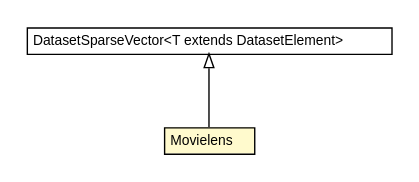
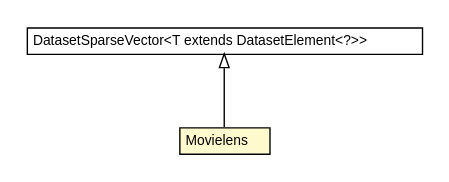
One commit to UnicaLabs-CS/Foresee changed the diagram in docs/it/unica/foresee/datasets/Movielens.dot. Above: the diagram before and after it, drawn with Graphviz. The commit also changed 167 other files, not shown here.

```diff
--- a/docs/it/unica/foresee/datasets/Movielens.dot
+++ b/docs/it/unica/foresee/datasets/Movielens.dot
@@ -1,26 +1,26 @@
 #!/usr/local/bin/dot
 #
 # Class diagram 
 # Generated by UMLGraph version 5.2 (http://www.umlgraph.org/)
 #
 
 digraph G {
 	edge [fontname="Helvetica",fontsize=10,labelfontname="Helvetica",labelfontsize=10];
 	node [fontname="Helvetica",fontsize=10,shape=plaintext];
 	nodesep=0.25;
 	ranksep=0.5;
-	// it.unica.foresee.datasets.DatasetSparseVector<T extends it.unica.foresee.datasets.interfaces.DatasetElement>
-	c1521 [label=<<table title="it.unica.foresee.datasets.DatasetSparseVector" border="0" cellborder="1" cellspacing="0" cellpadding="2" port="p" href="./DatasetSparseVector.html">
+	// it.unica.foresee.datasets.DatasetSparseVector<T extends it.unica.foresee.datasets.interfaces.DatasetElement<?>>
+	c1719 [label=<<table title="it.unica.foresee.datasets.DatasetSparseVector" border="0" cellborder="1" cellspacing="0" cellpadding="2" port="p" href="./DatasetSparseVector.html">
 		<tr><td><table border="0" cellspacing="0" cellpadding="1">
-<tr><td align="center" balign="center"> DatasetSparseVector&lt;T extends DatasetElement&gt; </td></tr>
+<tr><td align="center" balign="center"> DatasetSparseVector&lt;T extends DatasetElement&lt;?&gt;&gt; </td></tr>
 		</table></td></tr>
 		</table>>, fontname="Helvetica", fontcolor="black", fontsize=10.0];
 	// it.unica.foresee.datasets.Movielens
-	c1526 [label=<<table title="it.unica.foresee.datasets.Movielens" border="0" cellborder="1" cellspacing="0" cellpadding="2" port="p" bgcolor="lemonChiffon" href="./Movielens.html">
+	c1724 [label=<<table title="it.unica.foresee.datasets.Movielens" border="0" cellborder="1" cellspacing="0" cellpadding="2" port="p" bgcolor="lemonChiffon" href="./Movielens.html">
 		<tr><td><table border="0" cellspacing="0" cellpadding="1">
 <tr><td align="center" balign="center"> Movielens </td></tr>
 		</table></td></tr>
 		</table>>, fontname="Helvetica", fontcolor="black", fontsize=10.0];
 	//it.unica.foresee.datasets.Movielens extends it.unica.foresee.datasets.DatasetSparseVector<it.unica.foresee.datasets.MovielensElement>
-	c1521:p -> c1526:p [dir=back,arrowtail=empty];
+	c1719:p -> c1724:p [dir=back,arrowtail=empty];
 }
```
